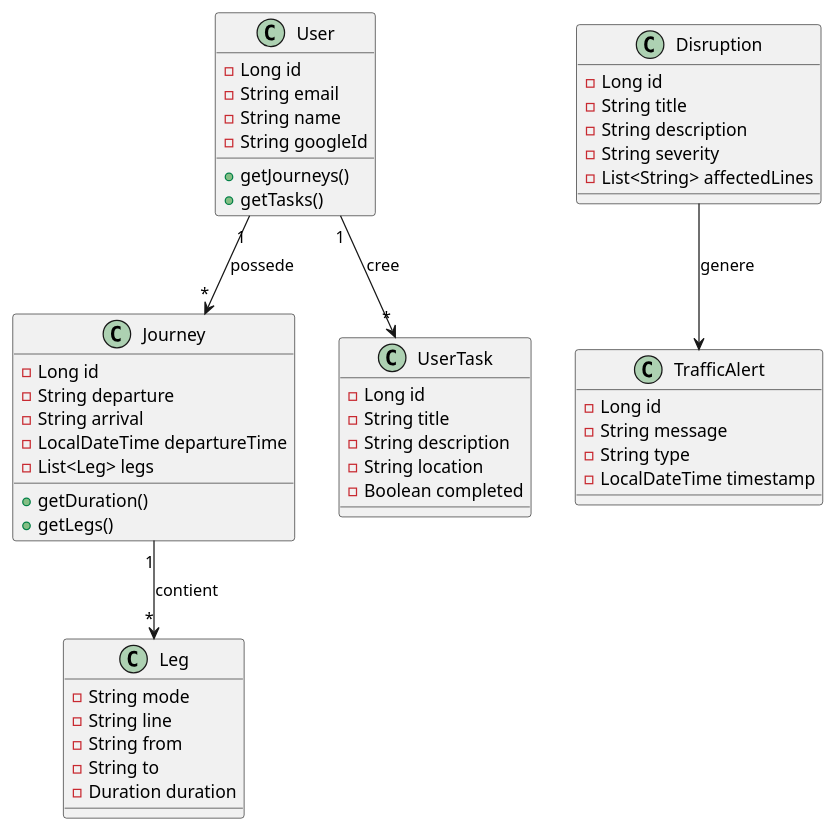
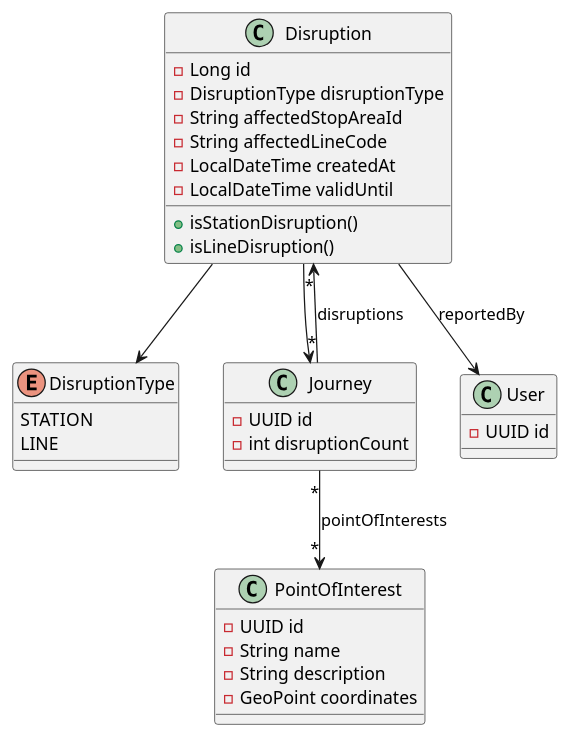
The fifth of 13 diagrams in docs/documentation.adoc (Aminmiri82/devops-project-MARLY), drawn with PlantUML before and after one commit. The commit also changed other lines of this file and 28 other files, not shown here.

```diff
--- a/docs/documentation.adoc
+++ b/docs/documentation.adoc
@@ -130,61 +535,44 @@
-[plantuml, class-diagram, svg]
+[plantuml, class-diagram-disruption, svg]
 ----
 @startuml
 
-class User {
+class Disruption {
     -Long id
-    -String email
+    -DisruptionType disruptionType
+    -String affectedStopAreaId
+    -String affectedLineCode
+    -LocalDateTime createdAt
+    -LocalDateTime validUntil
+    +isStationDisruption()
+    +isLineDisruption()
+}
+
+enum DisruptionType {
+    STATION
+    LINE
+}
+
+class PointOfInterest {
+    -UUID id
     -String name
-    -String googleId
-    +getJourneys()
-    +getTasks()
+    -String description
+    -GeoPoint coordinates
 }
 
 class Journey {
-    -Long id
-    -String departure
-    -String arrival
-    -LocalDateTime departureTime
-    -List<Leg> legs
-    +getDuration()
-    +getLegs()
+    -UUID id
+    -int disruptionCount
 }
 
-class Leg {
-    -String mode
-    -String line
-    -String from
-    -String to
-    -Duration duration
+class User {
+    -UUID id
 }
 
-class UserTask {
-    -Long id
-    -String title
-    -String description
-    -String location
-    -Boolean completed
-}
-
-class Disruption {
-    -Long id
-    -String title
-    -String description
-    -String severity
-    -List<String> affectedLines
-}
-
-class TrafficAlert {
-    -Long id
-    -String message
-    -String type
-    -LocalDateTime timestamp
-}
-
-User "1" --> "*" Journey : possede
-User "1" --> "*" UserTask : cree
-Journey "1" --> "*" Leg : contient
-Disruption --> TrafficAlert : genere
+Journey "*" --> "*" Disruption : disruptions
+Journey "*" --> "*" PointOfInterest : pointOfInterests
+Disruption --> DisruptionType
+Disruption --> User : reportedBy
+Disruption --> Journey
 
 @enduml
 ----
```
